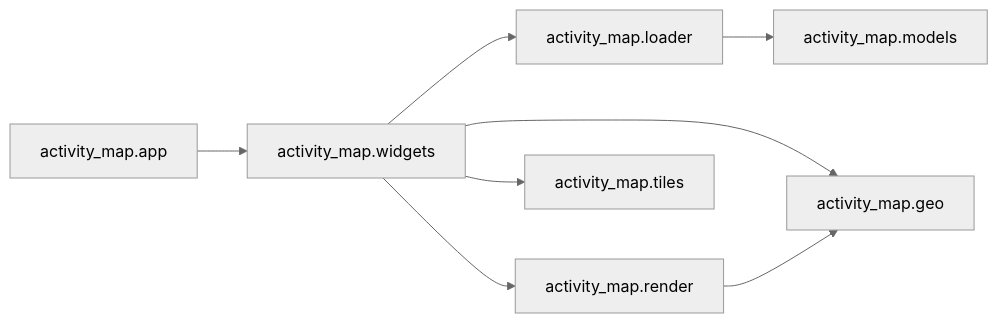
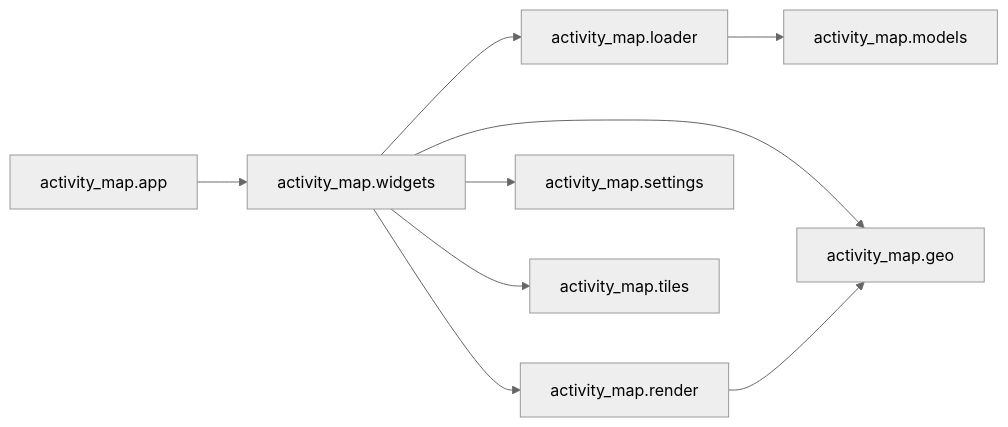
One commit to marcelpetrick/GarminActivityMap changed the third of 4 diagrams in documents/architecture.md. Above: the diagram before and after it, drawn with Mermaid (neutral theme). The commit also changed other lines of this file and 9 other files, not shown here.

First line of the commit message:
feat: persist activity map settings

````diff
--- a/documents/architecture.md
+++ b/documents/architecture.md
@@ -49,18 +49,20 @@
 ```mermaid
 flowchart LR
   loader[activity_map.loader]
   models[activity_map.models]
   geo[activity_map.geo]
   render[activity_map.render]
+  settings[activity_map.settings]
   tiles[activity_map.tiles]
   widgets[activity_map.widgets]
   app[activity_map.app]
 
   app --> widgets
+  widgets --> settings
   widgets --> loader
   loader --> models
   widgets --> geo
   widgets --> render
   widgets --> tiles
   render --> geo
 ```
````
